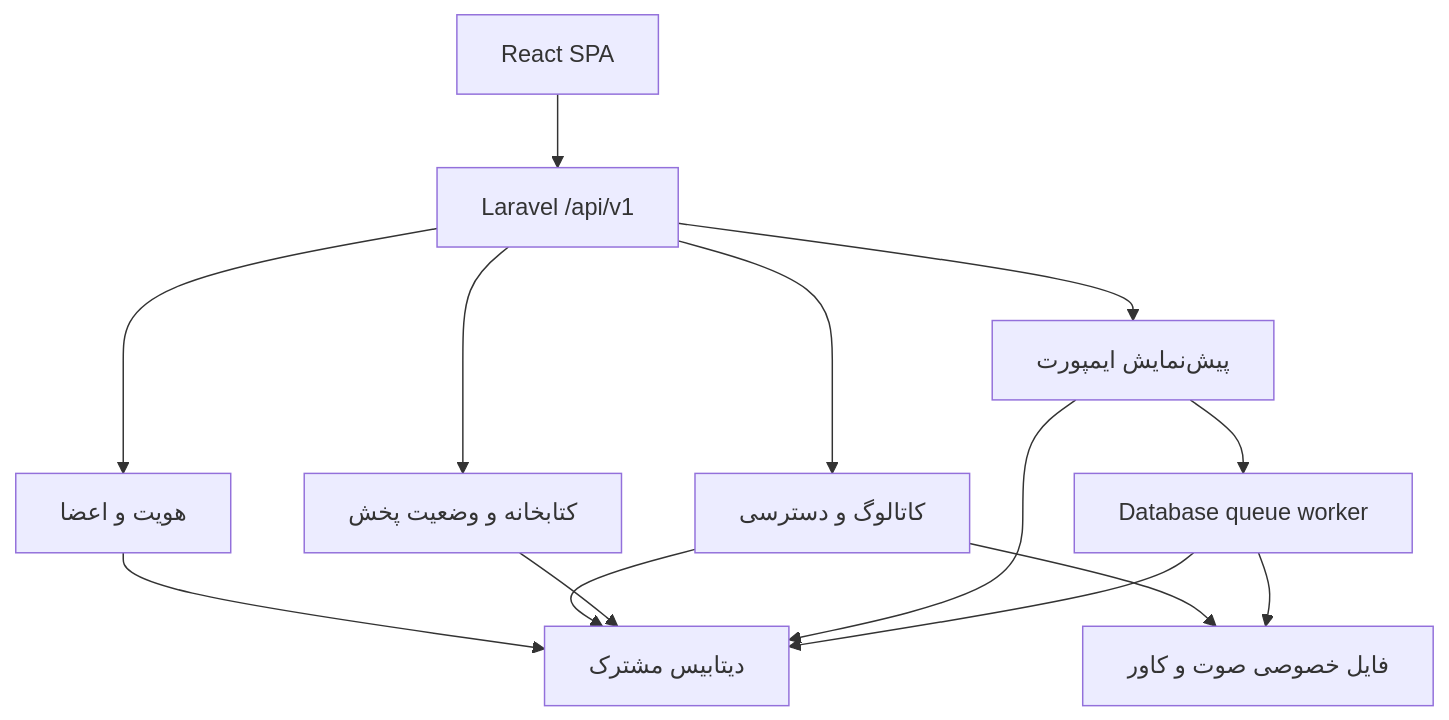
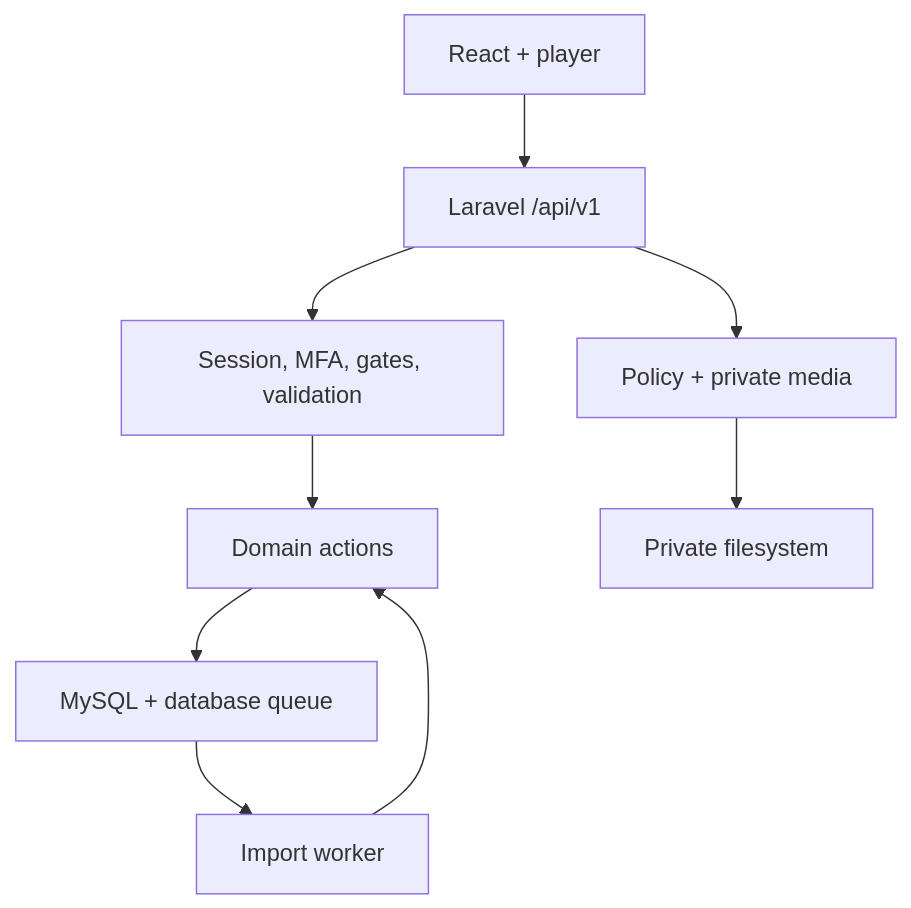
Before and after one commit to Parsa-Emami/ahang-khatkesh: the diagram in docs/ARCHITECTURE.fa.md, drawn with Mermaid. The commit also changed other lines of this file and 130 other files, not shown here.

First line of the commit message:
feat: add normalized MySQL catalog and MFA-protected administration

````diff
--- a/docs/ARCHITECTURE.fa.md
+++ b/docs/ARCHITECTURE.fa.md
@@ -7,16 +22,11 @@
 ```mermaid
 flowchart TB
-    UI["React SPA"] --> API["Laravel /api/v1"]
-    API --> Identity["هویت و اعضا"]
-    API --> Catalog["کاتالوگ و دسترسی"]
-    API --> Playback["کتابخانه و وضعیت پخش"]
-    API --> Import["پیش‌نمایش ایمپورت"]
-    Identity --> DB["دیتابیس مشترک"]
-    Catalog --> DB
-    Playback --> DB
-    Import --> DB
-    Import --> Worker["Database queue worker"]
-    Worker --> DB
-    Catalog --> Media["فایل خصوصی صوت و کاور"]
-    Worker --> Media
+  UI["React + player"] --> HTTP["Laravel /api/v1"]
+  HTTP --> Auth["Session, MFA, gates, validation"]
+  Auth --> Actions["Domain actions"]
+  Actions --> DB["MySQL + database queue"]
+  DB --> Worker["Import worker"]
+  Worker --> Actions
+  HTTP --> Media["Policy + private media"]
+  Media --> Disk["Private filesystem"]
 ```
````
